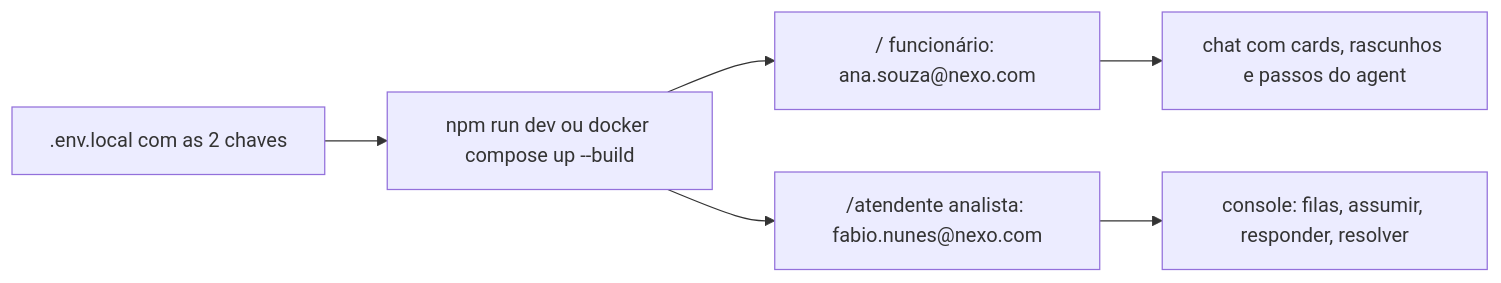
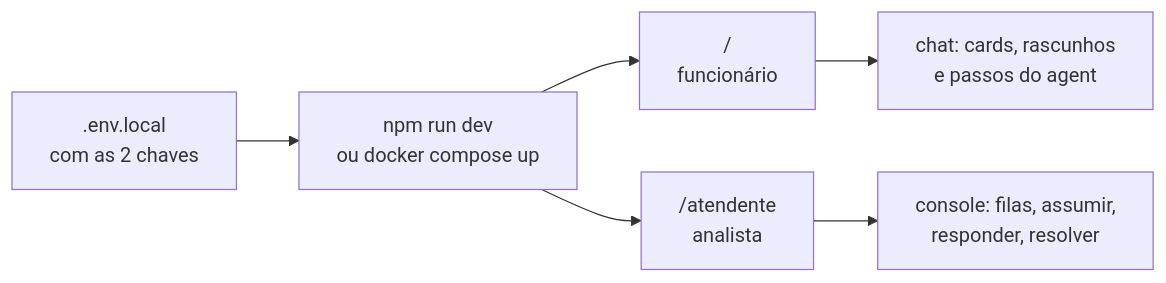
The first of 8 diagrams in README.md (renansko/teste_nexo), drawn with Mermaid before and after one commit. The commit also changed other lines of this file, not shown here.

Commit message:
docs(readme): tabela de logins de teste por papel; rótulos curtos com quebra de linha nos diagramas (texto cortado na renderização)

````diff
--- a/README.md
+++ b/README.md
@@ -12,8 +12,8 @@
 ```mermaid
 flowchart LR
-    Env[".env.local com as 2 chaves"] --> Dev["npm run dev ou docker compose up --build"]
-    Dev --> Func["/ funcionário: ana.souza@nexo.com"]
-    Dev --> Ana["/atendente analista: fabio.nunes@nexo.com"]
-    Func --> Chat["chat com cards, rascunhos e passos do agent"]
-    Ana --> Console["console: filas, assumir, responder, resolver"]
+    Env[".env.local<br/>com as 2 chaves"] --> Dev["npm run dev<br/>ou docker compose up"]
+    Dev --> Func["/<br/>funcionário"]
+    Dev --> Ana["/atendente<br/>analista"]
+    Func --> Chat["chat: cards, rascunhos<br/>e passos do agent"]
+    Ana --> Console["console: filas, assumir,<br/>responder, resolver"]
 ```
````
